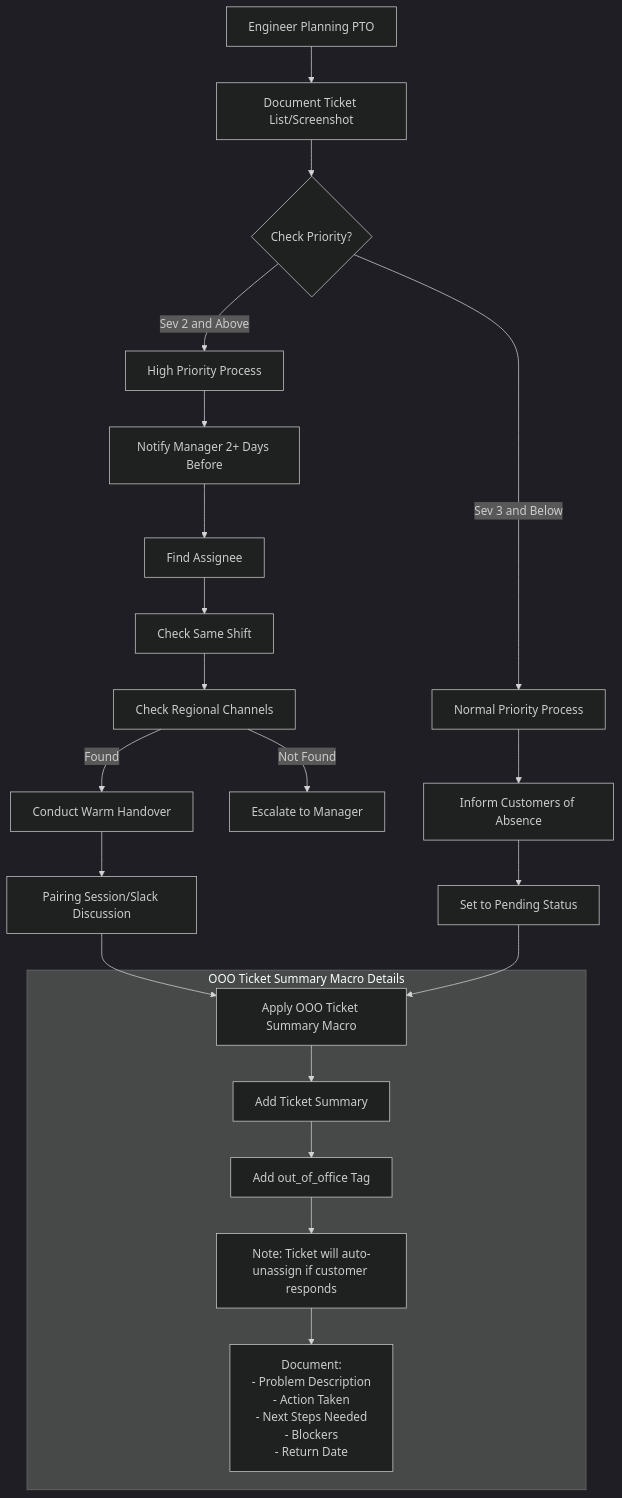
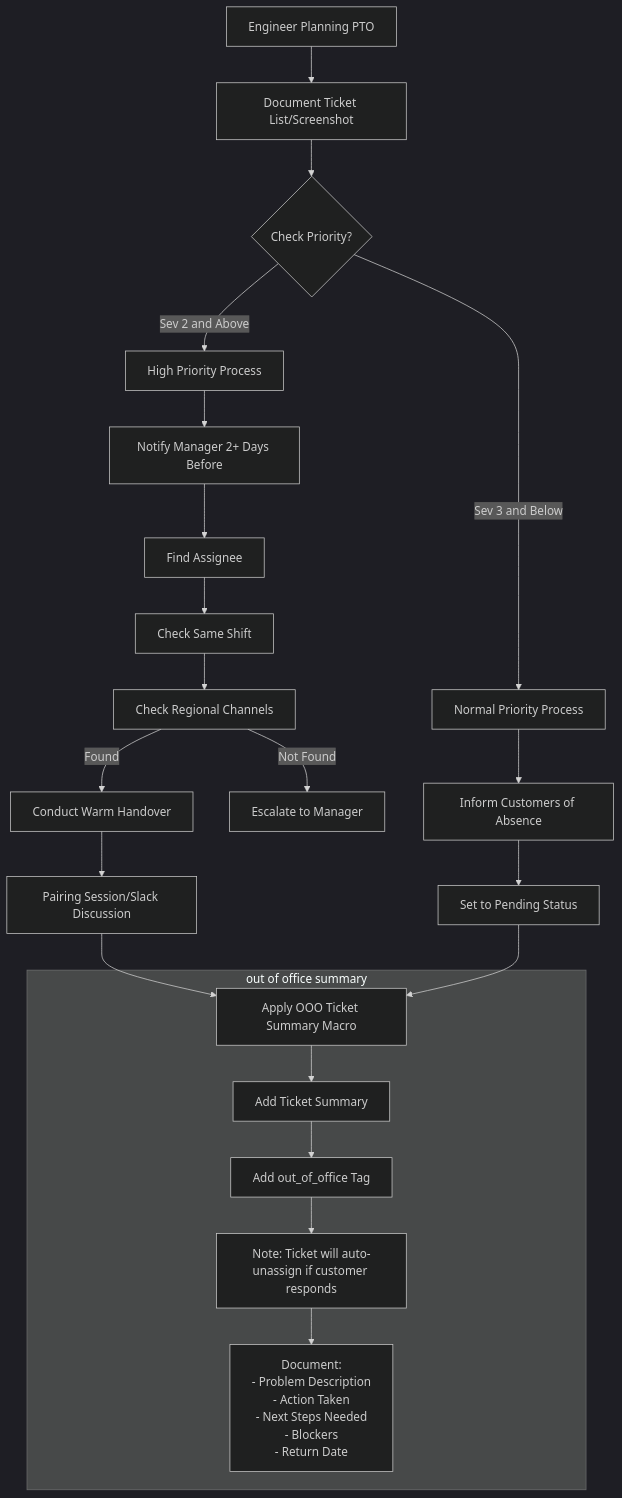
Before and after one commit to zalyoung/gitlab-handbook: the diagram in content/handbook/support/workflows/ooo-ticket-management.md, drawn with Mermaid (dark theme). The commit also changed other lines of this file, not shown here.

Commit message:
Update file ooo-ticket-management.md

````diff
--- a/content/handbook/support/workflows/ooo-ticket-management.md
+++ b/content/handbook/support/workflows/ooo-ticket-management.md
@@ -59,36 +59,36 @@
 ```mermaid
 flowchart TD
     Start[Engineer Planning PTO] --> DocumentTickets[Document Ticket List/Screenshot]
     DocumentTickets --> TicketPriority{Check Priority?}
     
     TicketPriority -->|Sev 2 and Above| HighPriority[High Priority Process]
     TicketPriority -->|Sev 3 and Below| NormalPriority[Normal Priority Process]
     
     HighPriority --> NotifyManager[Notify Manager 2+ Days Before]
     NotifyManager --> FindAssignee[Find Assignee]
     
     FindAssignee --> SameShift[Check Same Shift]
     SameShift --> OtherRegions[Check Regional Channels]
     OtherRegions -->|Found| WarmHandover[Conduct Warm Handover]
     OtherRegions -->|Not Found| EscalateManager[Escalate to Manager]
     
     WarmHandover --> PairingSession[Pairing Session/Slack Discussion]
     PairingSession --> ApplyMacro[Apply OOO Ticket Summary Macro]
     
     NormalPriority --> InformCustomer[Inform Customers of Absence]
     InformCustomer --> SetPending[Set to Pending Status]
     SetPending --> ApplyMacro[Apply OOO Ticket Summary Macro]
     
     
-    subgraph MacroDetails [OOO Ticket Summary Macro Details]
+    subgraph MacroDetails [out of office summary]
         ApplyMacro --> Summary[Add Ticket Summary]
         Summary --> AddOOOTag[Add out_of_office Tag]
         AddOOOTag --> AutoUnassign[Note: Ticket will auto-unassign if customer responds]
-        AutoUnassign --> DocumentDetails[Document:
-- Problem Description
-- Action Taken
-- Next Steps Needed
-- Blockers
-- Return Date]
+        AutoUnassign --> DocumentDetails[Document: 
+        - Problem Description 
+        - Action Taken 
+        - Next Steps Needed 
+        - Blockers 
+        - Return Date]
     end
 ```
````
